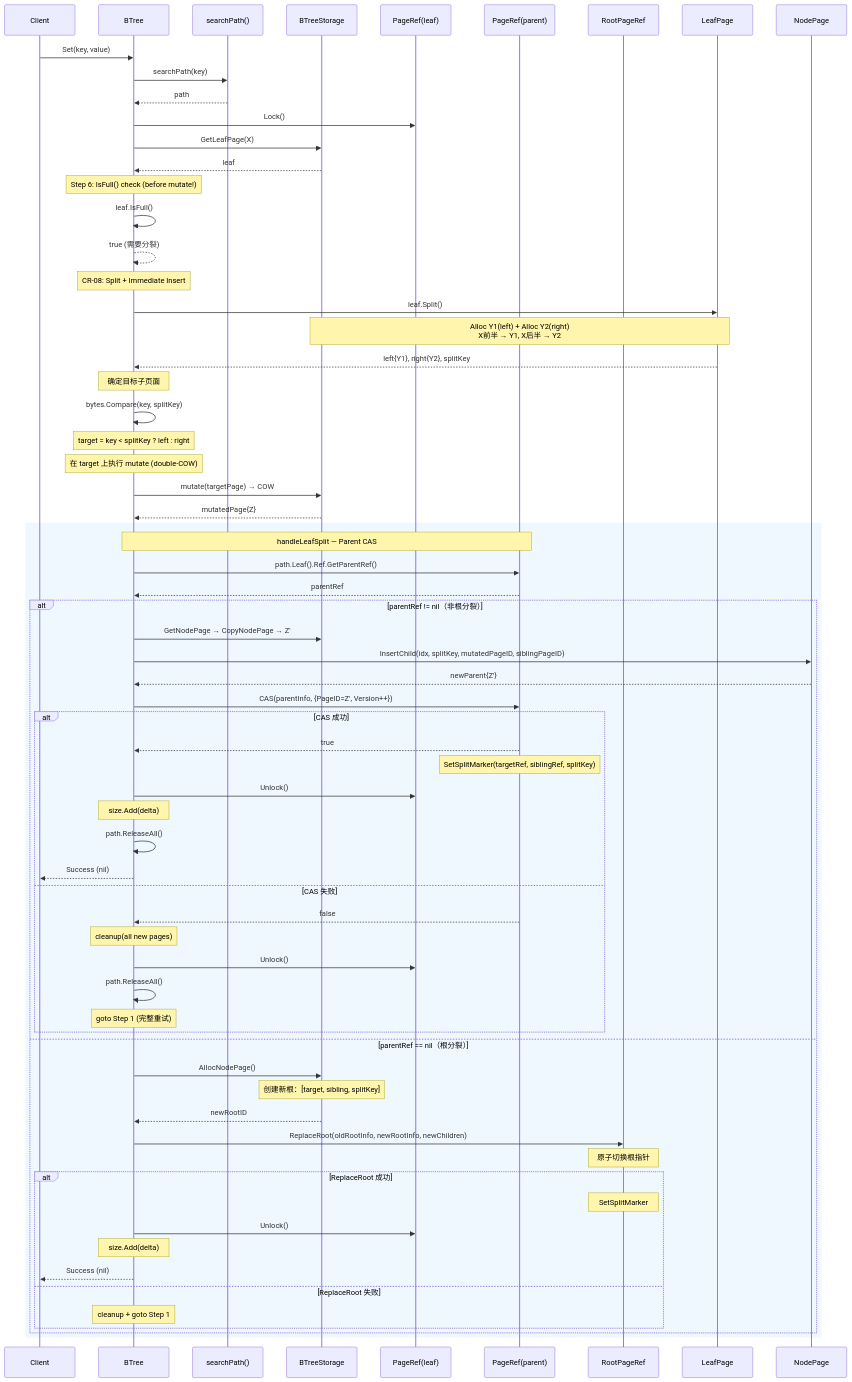
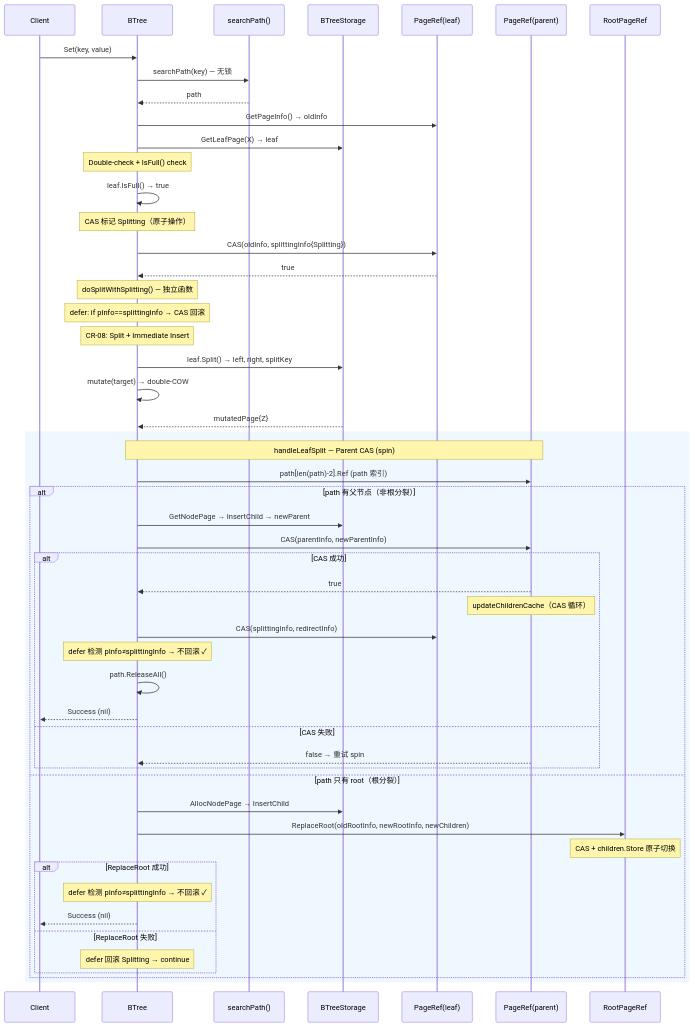
Before and after one commit to jzhang405/NexKV: the second of 2 diagrams in docs/07_spike/btree-refactor/2026-04-02-btree-refactor-interface.md, drawn with Mermaid. The commit also changed other lines of this file and 4 other files, not shown here.

First line of the commit message:
docs(btree): 更新 spike 文档反映 Phase 6.0 CAS 乐观锁改造

````diff
--- a/docs/07_spike/btree-refactor/2026-04-02-btree-refactor-interface.md
+++ b/docs/07_spike/btree-refactor/2026-04-02-btree-refactor-interface.md
@@ -510,79 +522,63 @@
 ```mermaid
 sequenceDiagram
     participant Client
     participant BTree
     participant SearchPath as searchPath()
     participant Storage as BTreeStorage
     participant LeafRef as PageRef(leaf)
     participant ParentRef as PageRef(parent)
     participant RootRef as RootPageRef
 
     Client->>BTree: Set(key, value)
-    BTree->>SearchPath: searchPath(key)
+    BTree->>SearchPath: searchPath(key) — 无锁
     SearchPath-->>BTree: path
 
-    BTree->>LeafRef: Lock()
-    BTree->>Storage: GetLeafPage(X)
-    Storage-->>BTree: leaf
+    BTree->>LeafRef: GetPageInfo() → oldInfo
+    BTree->>Storage: GetLeafPage(X) → leaf
+    Note over BTree: Double-check + IsFull() check
+    BTree->>BTree: leaf.IsFull() → true
 
-    Note over BTree: Step 6: IsFull() check (before mutate!)
-    BTree->>BTree: leaf.IsFull()
-    BTree-->>BTree: true (需要分裂)
+    Note over BTree: CAS 标记 Splitting（原子操作）
+    BTree->>LeafRef: CAS(oldInfo, splittingInfo{Splitting})
+    LeafRef-->>BTree: true
+
+    Note over BTree: doSplitWithSplitting() — 独立函数
+    Note over BTree: defer: if pInfo==splittingInfo → CAS 回滚
 
     Note over BTree: CR-08: Split + Immediate Insert
-    BTree->>LeafPage: leaf.Split()
-    Note over LeafPage,Storage: Alloc Y1(left) + Alloc Y2(right)<br/>X前半 → Y1, X后半 → Y2
-    LeafPage-->>BTree: left{Y1}, right{Y2}, splitKey
-
-    Note over BTree: 确定目标子页面
-    BTree->>BTree: bytes.Compare(key, splitKey)
-    Note over BTree: target = key < splitKey ? left : right
-
-    Note over BTree: 在 target 上执行 mutate (double-COW)
-    BTree->>Storage: mutate(targetPage) → COW
+    BTree->>Storage: leaf.Split() → left, right, splitKey
+    BTree->>BTree: mutate(target) → double-COW
     Storage-->>BTree: mutatedPage{Z}
 
     rect rgb(240, 248, 255)
-        Note over BTree,ParentRef: handleLeafSplit — Parent CAS
-        BTree->>ParentRef: path.Leaf().Ref.GetParentRef()
-        ParentRef-->>BTree: parentRef
+        Note over BTree,ParentRef: handleLeafSplit — Parent CAS (spin)
+        BTree->>ParentRef: path[len(path)-2].Ref (path 索引)
 
-        alt parentRef != nil（非根分裂）
-            BTree->>Storage: GetNodePage → CopyNodePage → Z'
-            BTree->>NodePage: InsertChild(idx, splitKey, mutatedPageID, siblingPageID)
-            NodePage-->>BTree: newParent{Z'}
-
-            BTree->>ParentRef: CAS(parentInfo, {PageID=Z', Version++})
+        alt path 有父节点（非根分裂）
+            BTree->>Storage: GetNodePage → InsertChild → newParent
+            BTree->>ParentRef: CAS(parentInfo, newParentInfo)
             alt CAS 成功
                 ParentRef-->>BTree: true
-                Note over ParentRef: SetSplitMarker(targetRef, siblingRef, splitKey)
-                BTree->>LeafRef: Unlock()
-                Note over BTree: size.Add(delta)
+                Note over ParentRef: updateChildrenCache（CAS 循环）
+                BTree->>LeafRef: CAS(splittingInfo, redirectInfo)
+                Note over BTree: defer 检测 pInfo≠splittingInfo → 不回滚 ✓
                 BTree->>BTree: path.ReleaseAll()
                 BTree-->>Client: Success (nil)
             else CAS 失败
-                ParentRef-->>BTree: false
-                Note over BTree: cleanup(all new pages)
-                BTree->>LeafRef: Unlock()
-                BTree->>BTree: path.ReleaseAll()
-                Note over BTree: goto Step 1 (完整重试)
+                ParentRef-->>BTree: false → 重试 spin
             end
 
-        else parentRef == nil（根分裂）
-            BTree->>Storage: AllocNodePage()
-            Note over Storage: 创建新根：[target, sibling, splitKey]
-            Storage-->>BTree: newRootID
+        else path 只有 root（根分裂）
+            BTree->>Storage: AllocNodePage → InsertChild
             BTree->>RootRef: ReplaceRoot(oldRootInfo, newRootInfo, newChildren)
-            Note over RootRef: 原子切换根指针
+            Note over RootRef: CAS + children.Store 原子切换
 
             alt ReplaceRoot 成功
-                Note over RootRef: SetSplitMarker
-                BTree->>LeafRef: Unlock()
-                Note over BTree: size.Add(delta)
+                Note over BTree: defer 检测 pInfo≠splittingInfo → 不回滚 ✓
                 BTree-->>Client: Success (nil)
             else ReplaceRoot 失败
-                Note over BTree: cleanup + goto Step 1
+                Note over BTree: defer 回滚 Splitting → continue
             end
         end
     end
 ```
````
